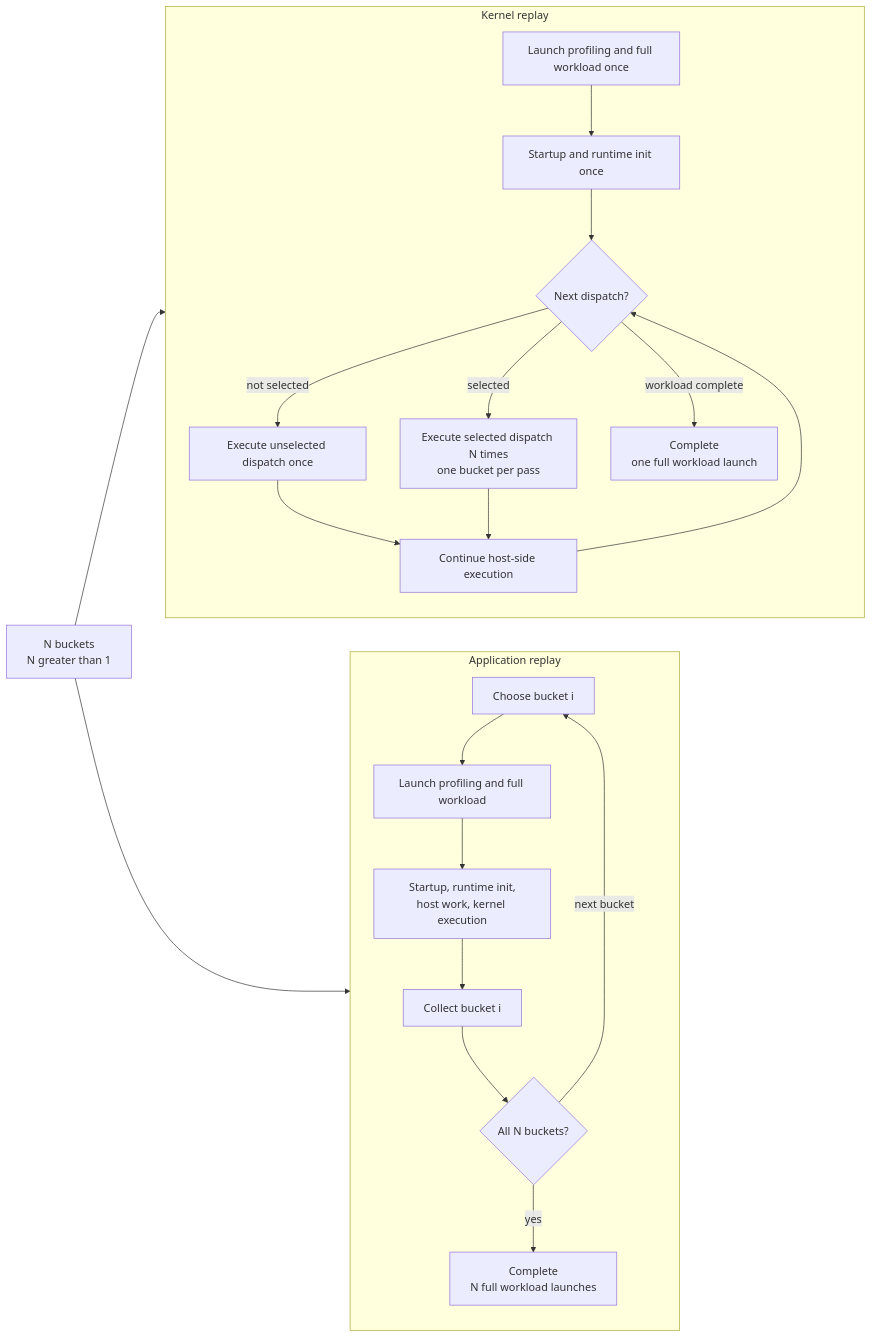
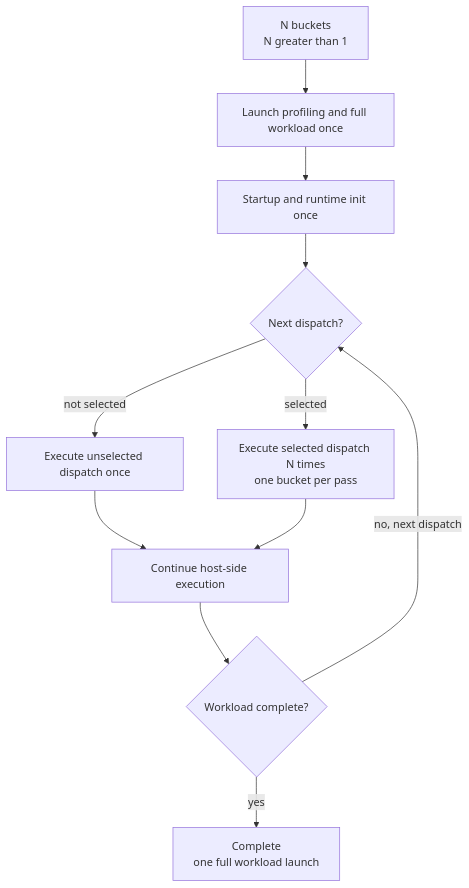
One commit to ROCm/rocm-systems changed the third of 5 diagrams in projects/rocprofiler-compute/docs/design/hld-kernel-replay.md. Above: the diagram before and after it, drawn with Mermaid. The commit also changed other lines of this file, not shown here.

Commit message:
Refine kernel replay design presentation

````diff
--- a/projects/rocprofiler-compute/docs/design/hld-kernel-replay.md
+++ b/projects/rocprofiler-compute/docs/design/hld-kernel-replay.md
@@ -136,38 +145,19 @@
 ```mermaid
-flowchart LR
+flowchart TD
     Buckets["N buckets<br/>N greater than 1"]
+    KernelLaunch["Launch profiling and full workload once"]
+    KernelSetup["Startup and runtime init once"]
+    KernelDispatch{"Next dispatch?"}
+    KernelOrdinary["Execute unselected dispatch once"]
+    KernelReplay["Execute selected dispatch N times<br/>one bucket per pass"]
+    KernelContinue["Continue host-side execution"]
+    KernelDone{"Workload complete?"}
+    KernelResult["Complete<br/>one full workload launch"]
 
-    subgraph Application["Application replay"]
-        direction TB
-        AppSelect["Choose bucket i"]
-        AppLaunch["Launch profiling and full workload"]
-        AppRun["Startup, runtime init,<br/>host work, kernel execution"]
-        AppCollect["Collect bucket i"]
-        AppDone{"All N buckets?"}
-        AppResult["Complete<br/>N full workload launches"]
-
-        AppSelect --> AppLaunch --> AppRun --> AppCollect --> AppDone
-        AppDone -- next bucket --> AppSelect
-        AppDone -- yes --> AppResult
-    end
-
-    subgraph Kernel["Kernel replay"]
-        direction TB
-        KernelLaunch["Launch profiling and full workload once"]
-        KernelSetup["Startup and runtime init once"]
-        KernelDispatch{"Next dispatch?"}
-        KernelOrdinary["Execute unselected dispatch once"]
-        KernelReplay["Execute selected dispatch N times<br/>one bucket per pass"]
-        KernelContinue["Continue host-side execution"]
-        KernelResult["Complete<br/>one full workload launch"]
-
-        KernelLaunch --> KernelSetup --> KernelDispatch
-        KernelDispatch -- not selected --> KernelOrdinary --> KernelContinue
-        KernelDispatch -- selected --> KernelReplay --> KernelContinue
-        KernelContinue --> KernelDispatch
-        KernelDispatch -- workload complete --> KernelResult
-    end
-
-    Buckets --> AppSelect
-    Buckets --> KernelLaunch
+    Buckets --> KernelLaunch --> KernelSetup --> KernelDispatch
+    KernelDispatch -- not selected --> KernelOrdinary --> KernelContinue
+    KernelDispatch -- selected --> KernelReplay --> KernelContinue
+    KernelContinue --> KernelDone
+    KernelDone -- no, next dispatch --> KernelDispatch
+    KernelDone -- yes --> KernelResult
 ```
````
